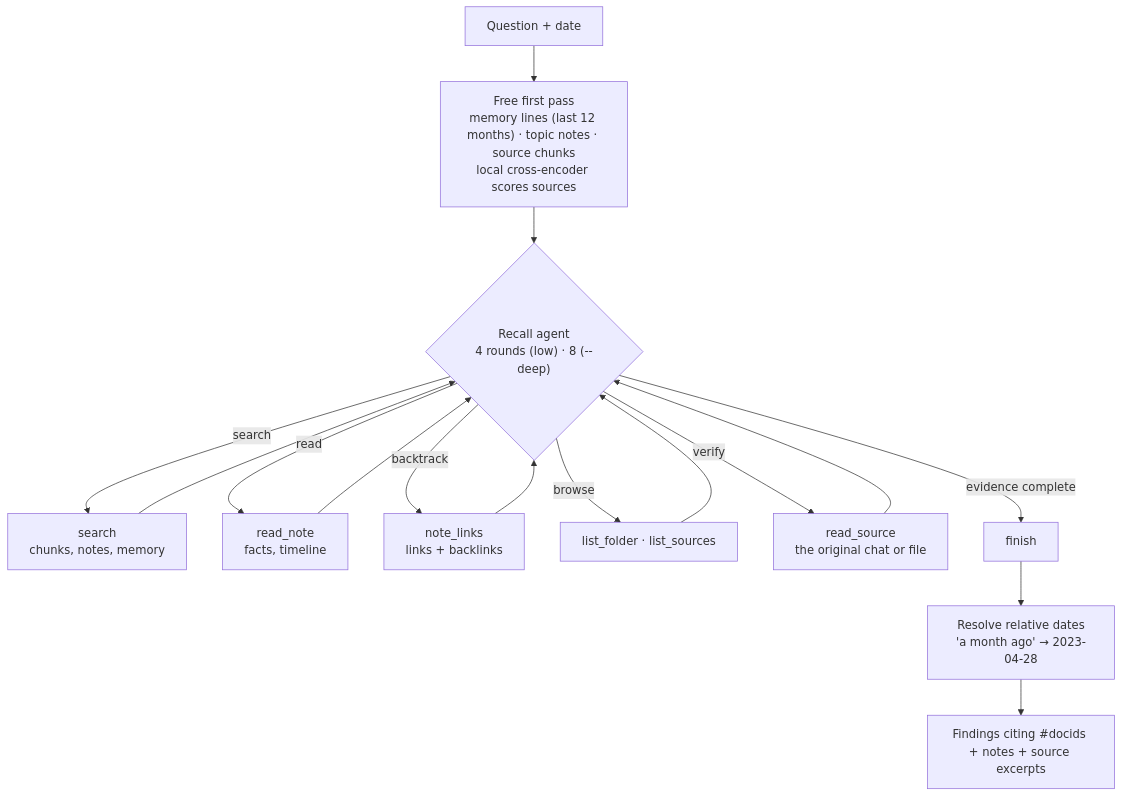
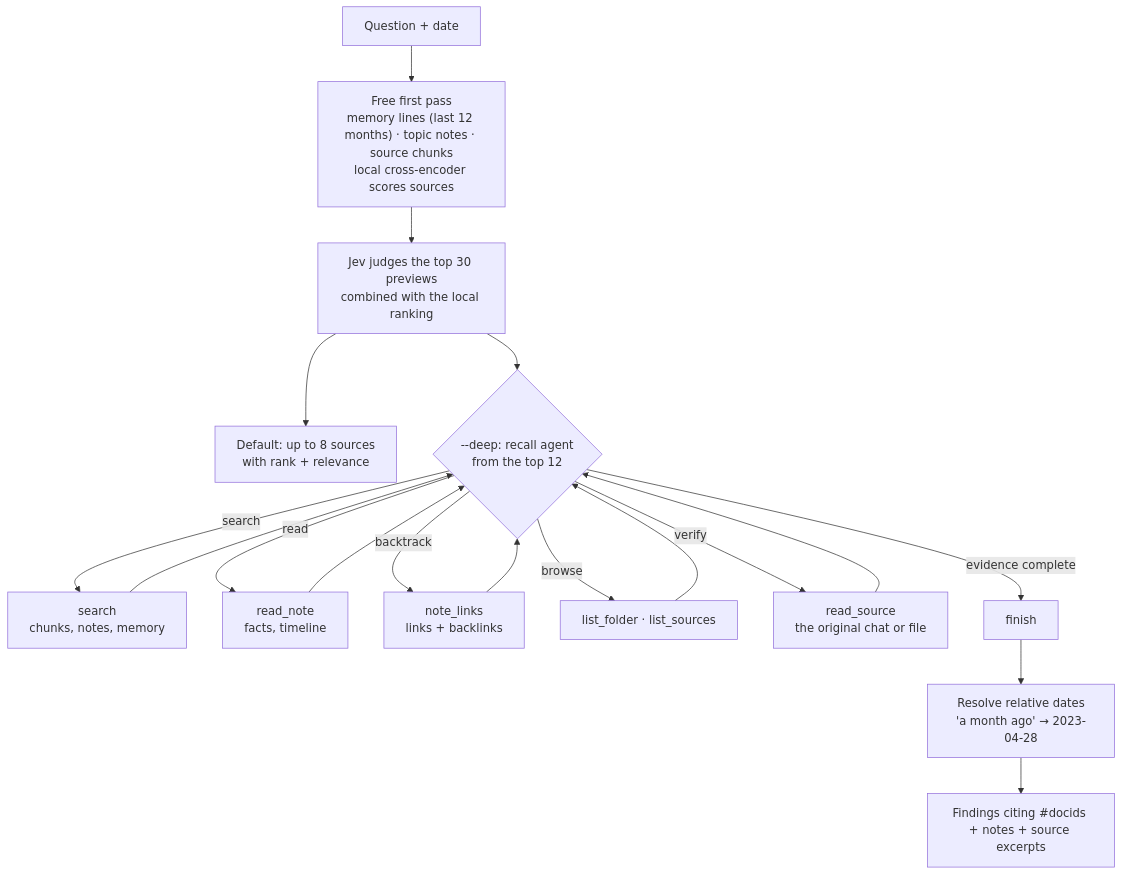
The third of 5 diagrams in README.md (kushalsinha/kormem), drawn with Mermaid before and after one commit. The commit also changed other lines of this file and 22 other files, not shown here.

First line of the commit message:
Recall: Jev re-ranking by default, recall agent at high effort (#13)

````diff
--- a/README.md
+++ b/README.md
@@ -287,14 +313,16 @@
 ```mermaid
 flowchart TB
   Q["Question + date"] --> FP["Free first pass<br/>memory lines (last 12 months) · topic notes · source chunks<br/>local cross-encoder scores sources"]
-  FP --> AG{"Recall agent<br/>4 rounds (low) · 8 (--deep)"}
+  FP --> JV["Jev judges the top 30 previews<br/>combined with the local ranking"]
+  JV --> DEF["Default: up to 8 sources<br/>with rank + relevance"]
+  JV --> AG{"--deep: recall agent<br/>from the top 12"}
   AG -->|search| T1["search<br/>chunks, notes, memory"]
   AG -->|read| T2["read_note<br/>facts, timeline"]
   AG -->|backtrack| T3["note_links<br/>links + backlinks"]
   AG -->|browse| T4["list_folder · list_sources"]
   AG -->|verify| T5["read_source<br/>the original chat or file"]
   T1 & T2 & T3 & T4 & T5 --> AG
   AG -->|evidence complete| F["finish"]
   F --> TR["Resolve relative dates<br/>'a month ago' → 2023-04-28"]
   TR --> OUT["Findings citing #docids + notes + source excerpts"]
 ```
````
